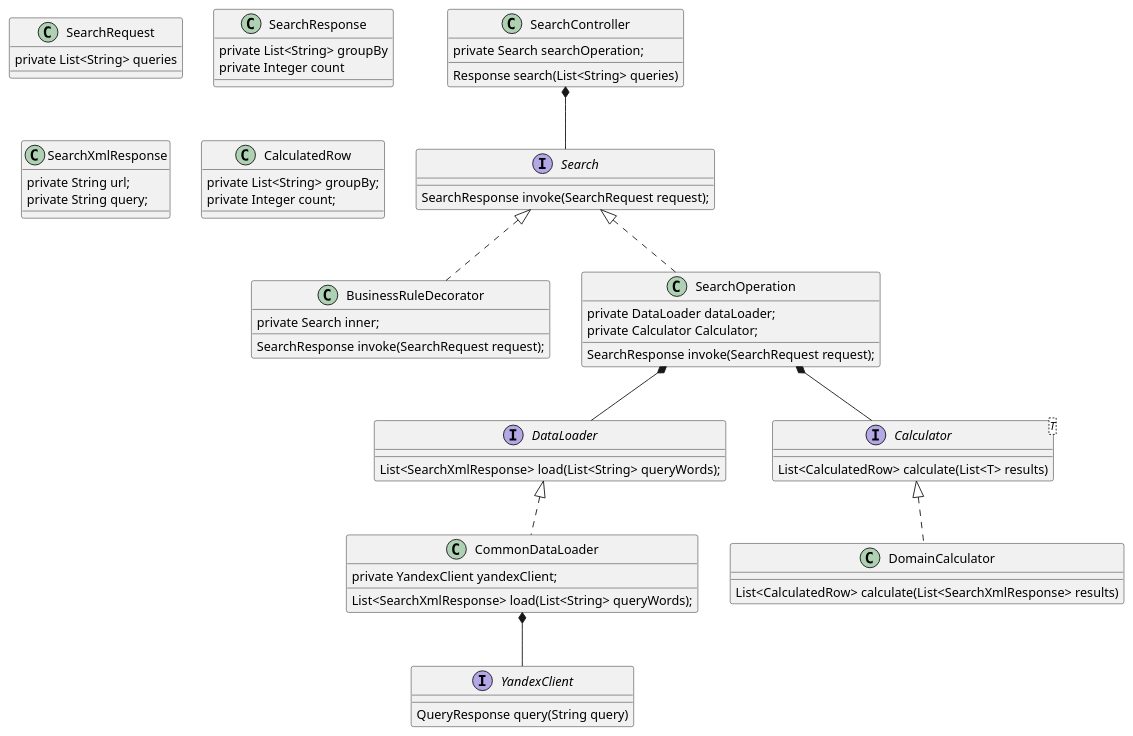
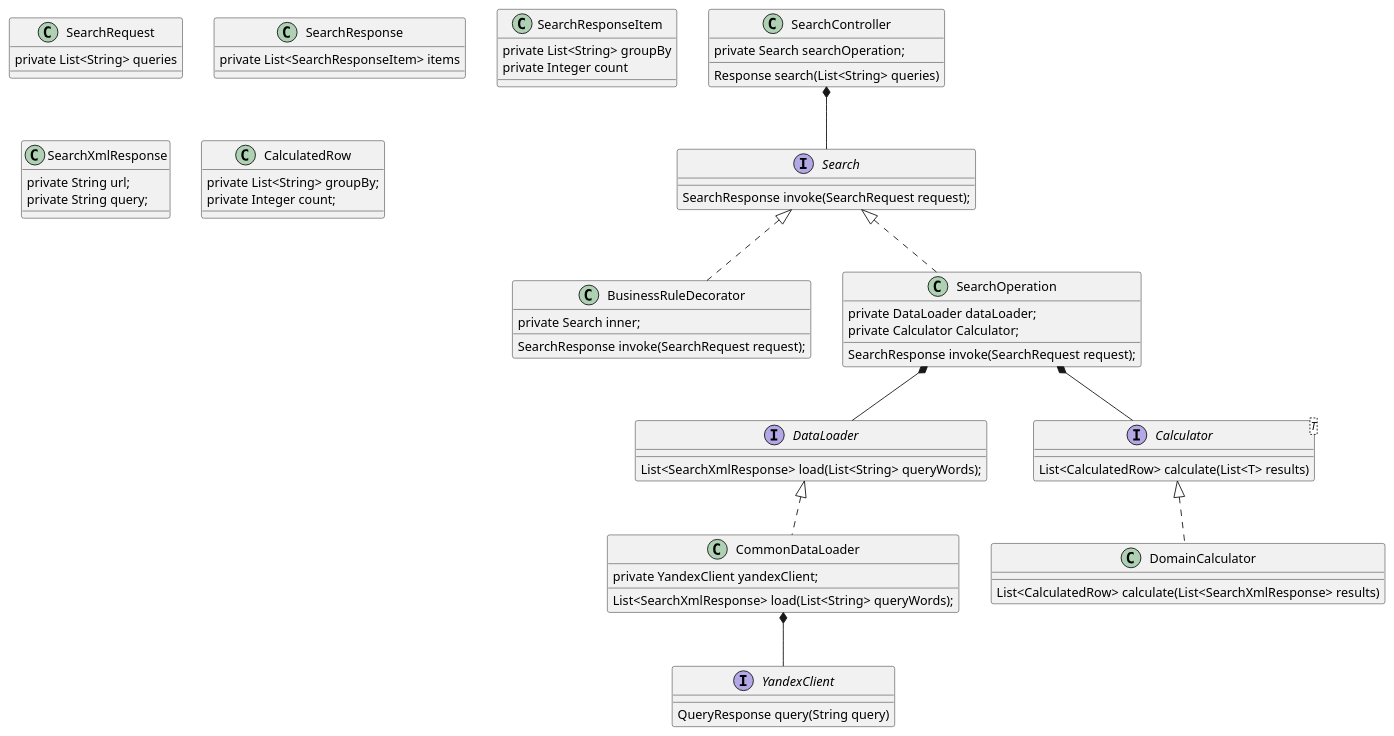
One commit to LarexSetch/key-word-searcher changed the diagram in docs/uml/dependencies.puml. Above: the diagram before and after it, drawn with PlantUML. The commit also changed 4 other files, not shown here.

```diff
--- a/docs/uml/dependencies.puml
+++ b/docs/uml/dependencies.puml
@@ -1,75 +1,79 @@
 @startuml
 
 
 interface YandexClient {
     QueryResponse query(String query)
 }
 
 class SearchController {
     private Search searchOperation;
 
     Response search(List<String> queries)
 }
 
 interface Search {
     SearchResponse invoke(SearchRequest request);
 }
 
 interface DataLoader {
     List<SearchXmlResponse> load(List<String> queryWords);
 }
 
 interface Calculator<T> {
     List<CalculatedRow> calculate(List<T> results)
 }
 
 class SearchRequest {
     private List<String> queries
 }
 
 class SearchResponse {
+    private List<SearchResponseItem> items
+}
+
+class SearchResponseItem {
     private List<String> groupBy
     private Integer count
 }
 
 class SearchXmlResponse {
     private String url;
     private String query;
 }
 
 class CalculatedRow {
     private List<String> groupBy;
     private Integer count;
 }
 
 class BusinessRuleDecorator implements Search {
     private Search inner;
 
     SearchResponse invoke(SearchRequest request);
 }
 
 class SearchOperation implements Search {
     private DataLoader dataLoader;
     private Calculator Calculator;
 
     SearchResponse invoke(SearchRequest request);
 }
 
 class CommonDataLoader implements DataLoader {
     private YandexClient yandexClient;
 
     List<SearchXmlResponse> load(List<String> queryWords);
 }
 
 class DomainCalculator implements Calculator {
     List<CalculatedRow> calculate(List<SearchXmlResponse> results)
 }
 
 SearchOperation *-- DataLoader
 SearchOperation *-- Calculator
 
 CommonDataLoader *-- YandexClient
 
 SearchController *-- Search
 
 @enduml
```
